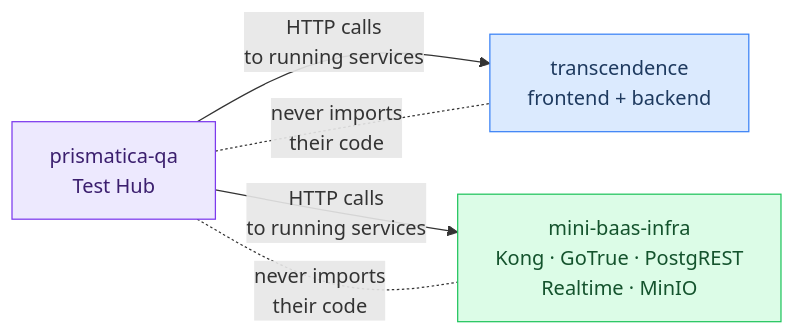
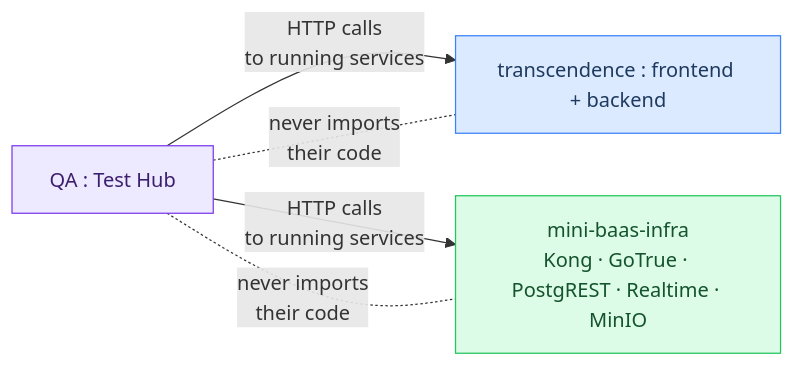
One commit to Univers42/QA changed the first of 12 diagrams in docs/strategy/0-roadmap.md. Above: the diagram before and after it, drawn with Mermaid. The commit also changed other lines of this file and 2 other files, not shown here.

````diff
--- a/docs/strategy/0-roadmap.md
+++ b/docs/strategy/0-roadmap.md
@@ -30,15 +30,15 @@
 ```mermaid
 graph LR
-    T["transcendence\nfrontend + backend"]
-    M["mini-baas-infra\nKong · GoTrue · PostgREST\nRealtime · MinIO"]
-    Q["prismatica-qa\nTest Hub"]
+    T["transcendence : frontend + backend"]
+    M["mini-baas-infra<br/>Kong · GoTrue · PostgREST · Realtime · MinIO"]
+    Q["QA : Test Hub"]
 
-    Q -->|"HTTP calls\nto running services"| T
-    Q -->|"HTTP calls\nto running services"| M
-    Q -.-|"never imports\ntheir code"| T
-    Q -.-|"never imports\ntheir code"| M
+    Q -->|"HTTP calls<br/>to running services"| T
+    Q -->|"HTTP calls<br/>to running services"| M
+    Q -.-|"never imports<br/>their code"| T
+    Q -.-|"never imports<br/>their code"| M
 
     style Q fill:#ede9fe,stroke:#7c3aed,color:#3b1f6e
     style T fill:#dbeafe,stroke:#3b82f6,color:#1e3a5f
     style M fill:#dcfce7,stroke:#22c55e,color:#14532d
 ```
````
